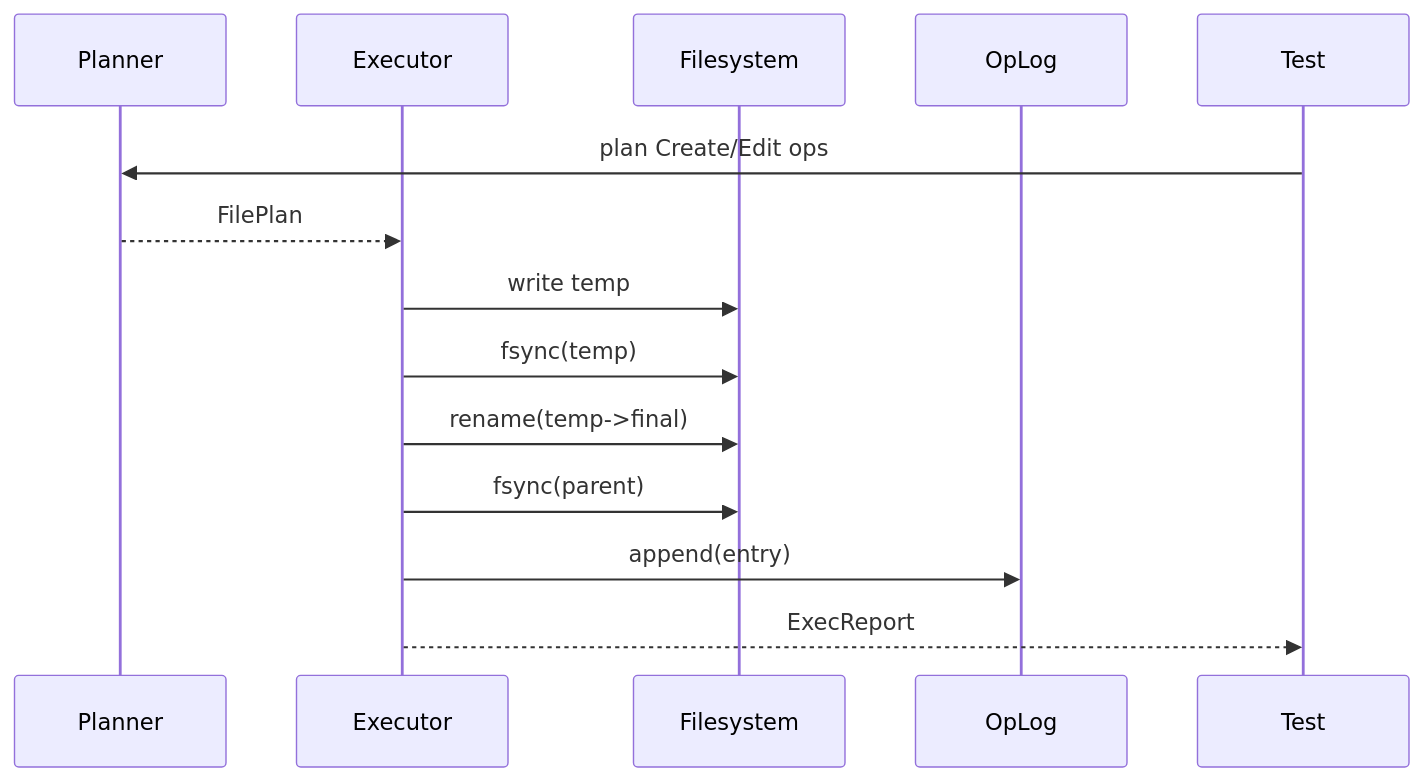
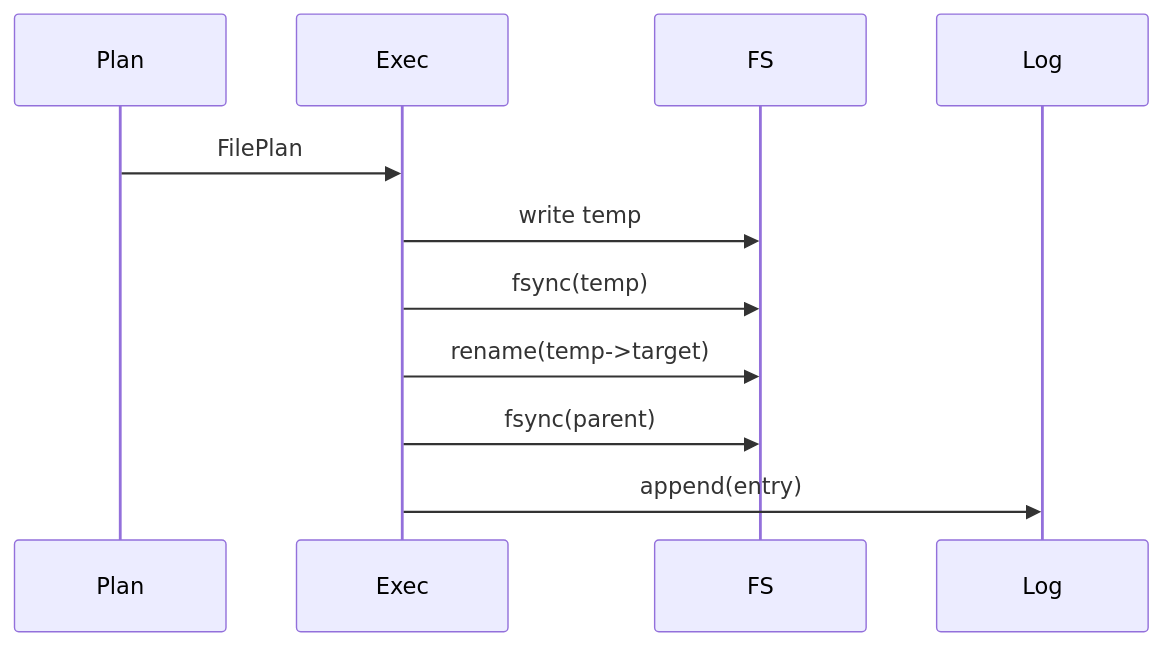
Before and after one commit to agustinvalencia/mdvault: diagram 12 of 22 in docs/01_development_plan.md, drawn with Mermaid. The commit also changed other lines of this file and 1 other file, not shown here.

````diff
--- a/docs/01_development_plan.md
+++ b/docs/01_development_plan.md
@@ -311,17 +319,14 @@
 ```mermaid
 sequenceDiagram
-  participant Core as Planner
-  participant Exec as Executor
-  participant FS as Filesystem
-  participant Log as OpLog
-  participant Test
+  participant Plan
+  participant Exec
+  participant FS
+  participant Log
 
-  Test->>Core: plan Create/Edit ops
-  Core-->>Exec: FilePlan
+  Plan->>Exec: FilePlan
   Exec->>FS: write temp
   Exec->>FS: fsync(temp)
-  Exec->>FS: rename(temp->final)
+  Exec->>FS: rename(temp->target)
   Exec->>FS: fsync(parent)
   Exec->>Log: append(entry)
-  Exec-->>Test: ExecReport
 ```
````
